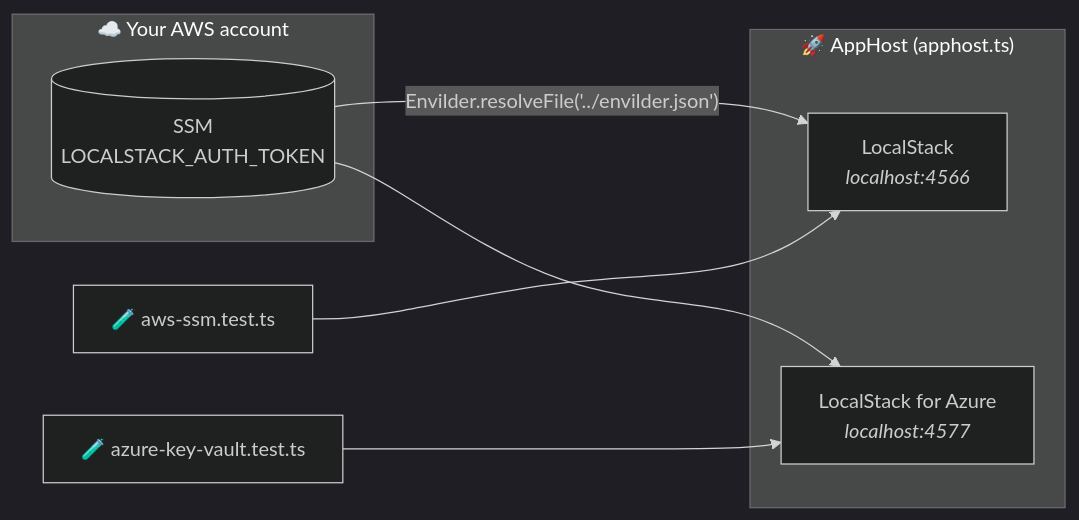
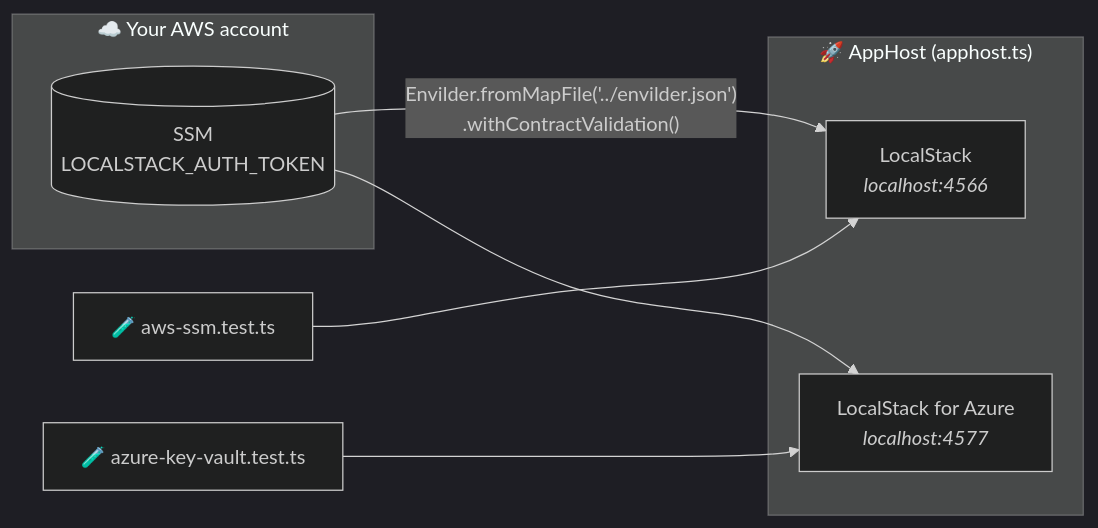
The diagram in typescript-aspire/README.md (macalbert/envilder-examples), drawn with Mermaid (dark theme) before and after one commit. The commit also changed other lines of this file and 11 other files, not shown here.

Commit message:
feat: add envilder validate and SDK contract validation at AppHost startup (#3)

````diff
--- a/typescript-aspire/README.md
+++ b/typescript-aspire/README.md
@@ -15,16 +15,16 @@
 ```mermaid
 flowchart LR
     subgraph cloud["☁️ Your AWS account"]
         token[("SSM<br/>LOCALSTACK_AUTH_TOKEN")]
     end
 
     subgraph apphost["🚀 AppHost (apphost.ts)"]
         localstack["LocalStack<br/><i>localhost:4566</i>"]
         lsazure["LocalStack for Azure<br/><i>localhost:4577</i>"]
     end
 
-    token -- "Envilder.resolveFile('../envilder.json')" --> localstack
+    token -- "Envilder.fromMapFile('../envilder.json')<br/>.withContractValidation()" --> localstack
     token --> lsazure
     aws["🧪 aws-ssm.test.ts"] --> localstack
     azure["🧪 azure-key-vault.test.ts"] --> lsazure
 ```
````
